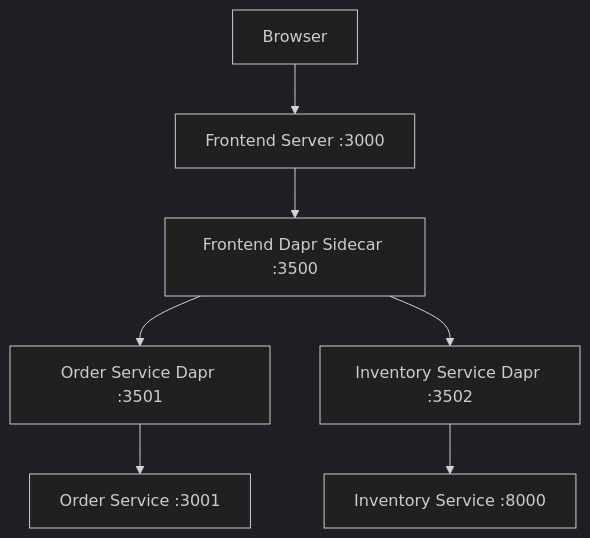
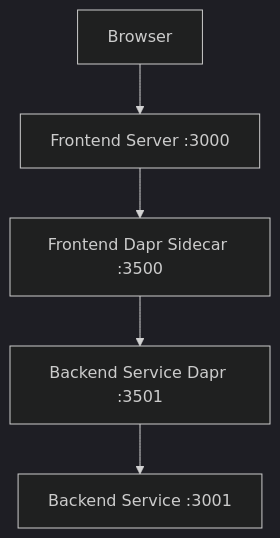
The diagram in docs/frontend-communication-changes.md (chmald/az-container-app-demo), drawn with Mermaid (dark theme) before and after one commit. The commit also changed other lines of this file and 4 other files, not shown here.

Commit message:
Update documentation to reflect 2-service architecture

````diff
--- a/docs/frontend-communication-changes.md
+++ b/docs/frontend-communication-changes.md
@@ -68,9 +68,7 @@
 ```mermaid
 graph TD
     A[Browser] --> B[Frontend Server :3000]
     B --> C[Frontend Dapr Sidecar :3500]
-    C --> D[Order Service Dapr :3501]
-    C --> E[Inventory Service Dapr :3502]
-    D --> F[Order Service :3001]
-    E --> G[Inventory Service :8000]
+    C --> D[Backend Service Dapr :3501]
+    D --> E[Backend Service :3001]
 ```
````
